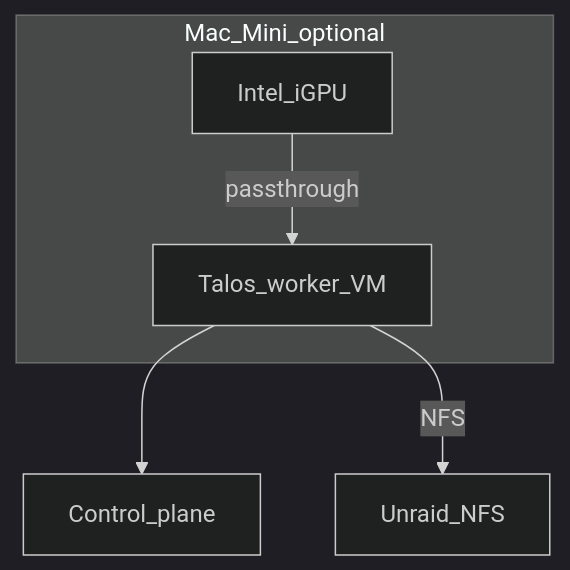
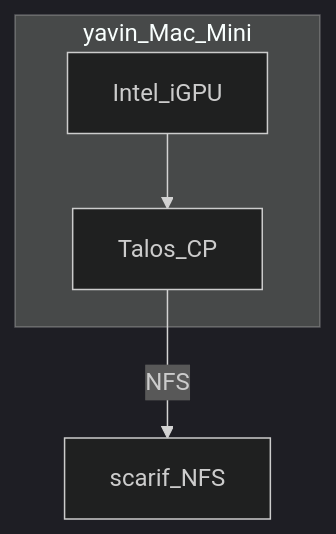
One commit to jacobdrury/homelab changed the diagram in docs/architecture/gpu.md. Above: the diagram before and after it, drawn with Mermaid (dark theme). The commit also changed other lines of this file and 9 other files, not shown here.

````diff
--- a/docs/architecture/gpu.md
+++ b/docs/architecture/gpu.md
@@ -15,13 +15,11 @@
 ```mermaid
 flowchart TB
-  subgraph mini [Mac_Mini_optional]
+  subgraph yavin [yavin_Mac_Mini]
     iGPU[Intel_iGPU]
-    W1[Talos_worker_VM]
-    iGPU -->|passthrough| W1
+    CP[Talos_CP]
+    iGPU --> CP
   end
 
-  CP[Control_plane]
-  Unraid[Unraid_NFS]
-  W1 --> CP
-  W1 -->|NFS| Unraid
+  scarif[scarif_NFS]
+  CP -->|NFS| scarif
 ```
````
